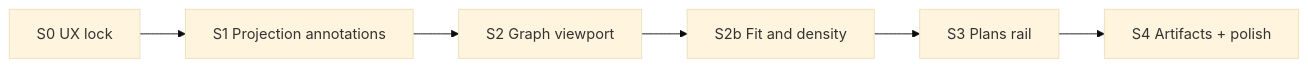
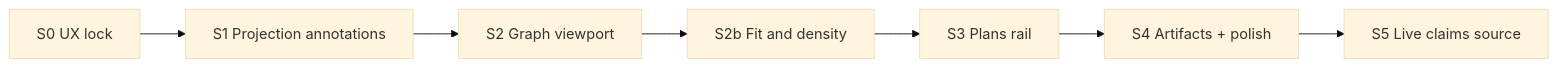
One commit to drive-mode/cline-drivecode changed the diagram in docs/drivecode/plans/cline-drivemode/initiatives/status-dependency-graph/slices.md. Above: the diagram before and after it, drawn with Mermaid (base theme). The commit also changed other lines of this file and 13 other files, not shown here.

Commit message:
docs(drive): align architecture maps and task compiler

````diff
--- a/docs/drivecode/plans/cline-drivemode/initiatives/status-dependency-graph/slices.md
+++ b/docs/drivecode/plans/cline-drivemode/initiatives/status-dependency-graph/slices.md
@@ -5,10 +8,11 @@
 ```mermaid
 flowchart LR
   S0[S0 UX lock]
   S1[S1 Projection annotations]
   S2[S2 Graph viewport]
   S2b[S2b Fit and density]
   S3[S3 Plans rail]
   S4[S4 Artifacts + polish]
-  S0 --> S1 --> S2 --> S2b --> S3 --> S4
+  S5[S5 Live claims source]
+  S0 --> S1 --> S2 --> S2b --> S3 --> S4 --> S5
 ```
````
